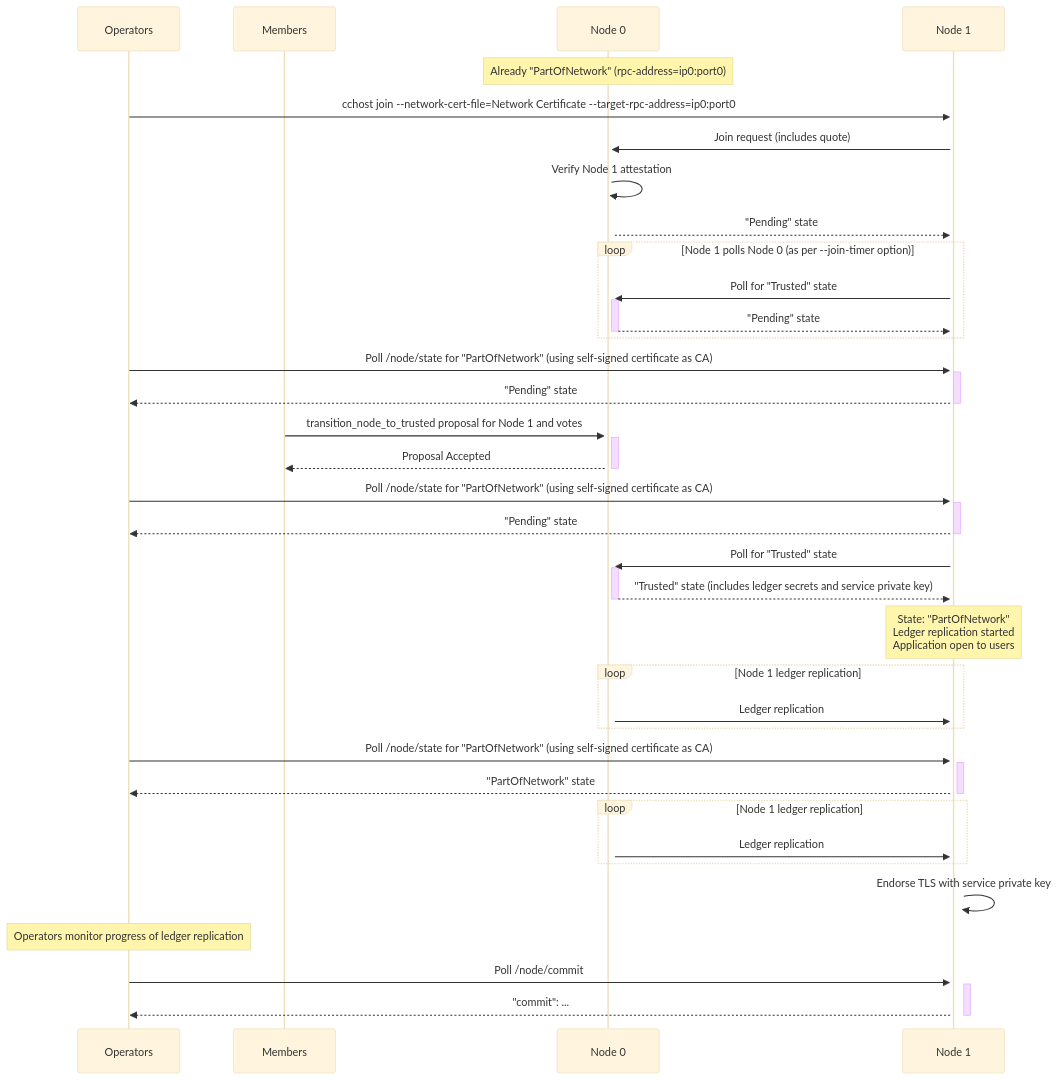
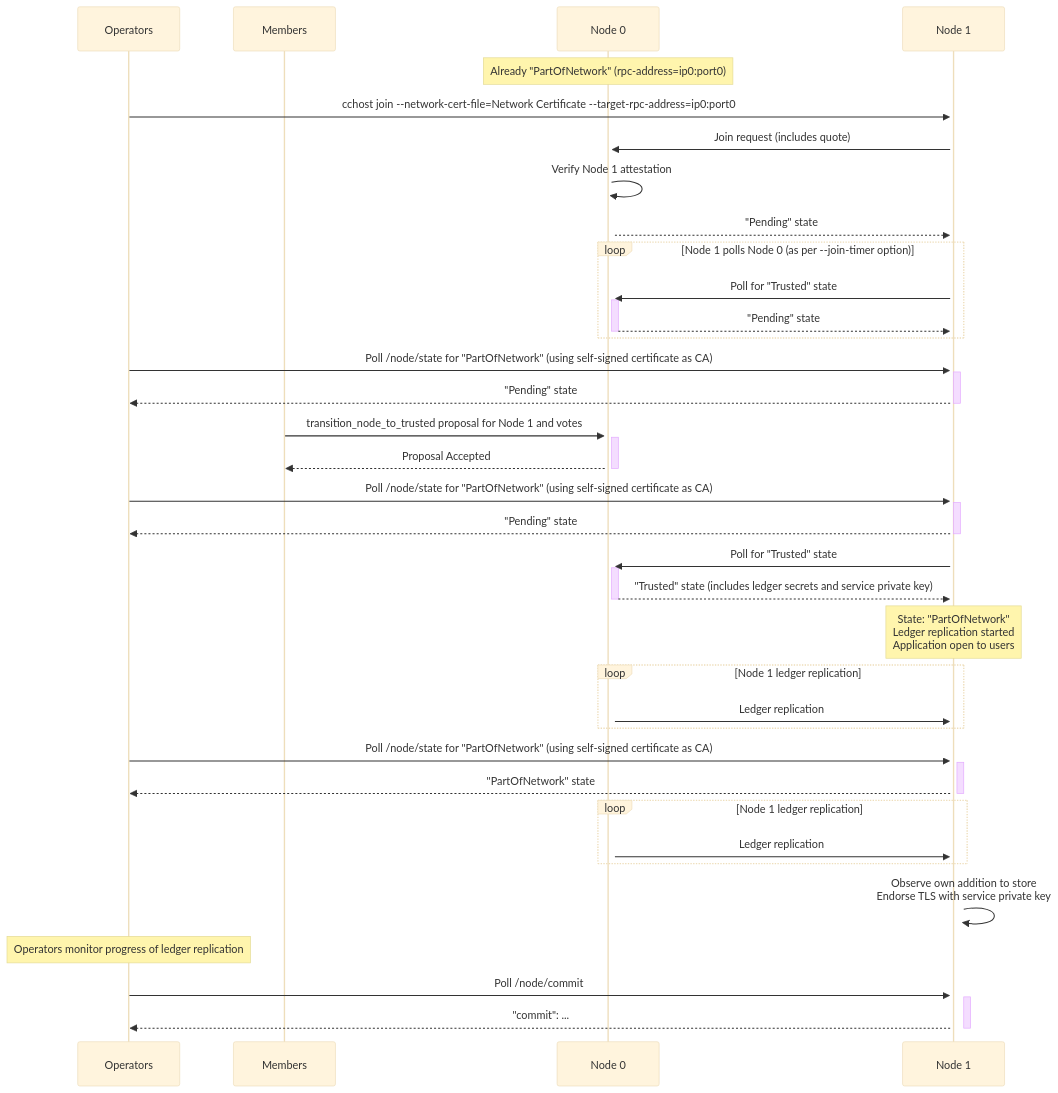
Before and after one commit to microsoft/CCF: the diagram in doc/operations/start_network.rst, drawn with Mermaid (base theme). The commit also changed 1 other file, not shown here.

```diff
--- a/doc/operations/start_network.rst
+++ b/doc/operations/start_network.rst
@@ -85,51 +85,51 @@
 .. mermaid::
 
     sequenceDiagram
         participant Operators
         participant Members
         participant Node 0
         participant Node 1
 
         Note over Node 0: Already "PartOfNetwork" (rpc-address=ip0:port0)
 
         Operators->>+Node 1: cchost join --network-cert-file=Network Certificate --target-rpc-address=ip0:port0
 
         Node 1->>+Node 0: Join request (includes quote)
         Node 0->>+Node 0: Verify Node 1 attestation
         Node 0-->>Node 1: "Pending" state
 
         loop Node 1 polls Node 0 (as per --join-timer option)
             Node 1->>+Node 0: Poll for "Trusted" state
             Node 0-->>-Node 1: "Pending" state
         end
 
         Operators->>+Node 1: Poll /node/state for "PartOfNetwork" (using self-signed certificate as CA)
         Node 1-->>-Operators: "Pending" state
 
         Members->>+Node 0: transition_node_to_trusted proposal for Node 1 and votes
         Node 0-->>-Members: Proposal Accepted
 
         Operators->>+Node 1: Poll /node/state for "PartOfNetwork" (using self-signed certificate as CA)
         Node 1-->>-Operators: "Pending" state
 
         Node 1->>+Node 0: Poll for "Trusted" state
         Node 0-->>-Node 1: "Trusted" state (includes ledger secrets and service private key)
 
         Note over Node 1: State: "PartOfNetwork" <br/> Ledger replication started <br/> Application open to users
 
         loop Node 1 ledger replication
             Node 0->>+Node 1: Ledger replication
         end
 
         Operators->>+Node 1: Poll /node/state for "PartOfNetwork" (using self-signed certificate as CA)
         Node 1-->>-Operators: "PartOfNetwork" state
 
         loop Node 1 ledger replication
             Node 0->>+Node 1: Ledger replication
         end
 
-        Node 1->>+Node 1: Endorse TLS with service private key
+        Node 1->>+Node 1: Observe own addition to store <br> Endorse TLS with service private key
 
         Note over Operators: Operators monitor progress of ledger replication
         Operators->>+Node 1: Poll /node/commit
         Node 1-->>-Operators: "commit": ...
```
